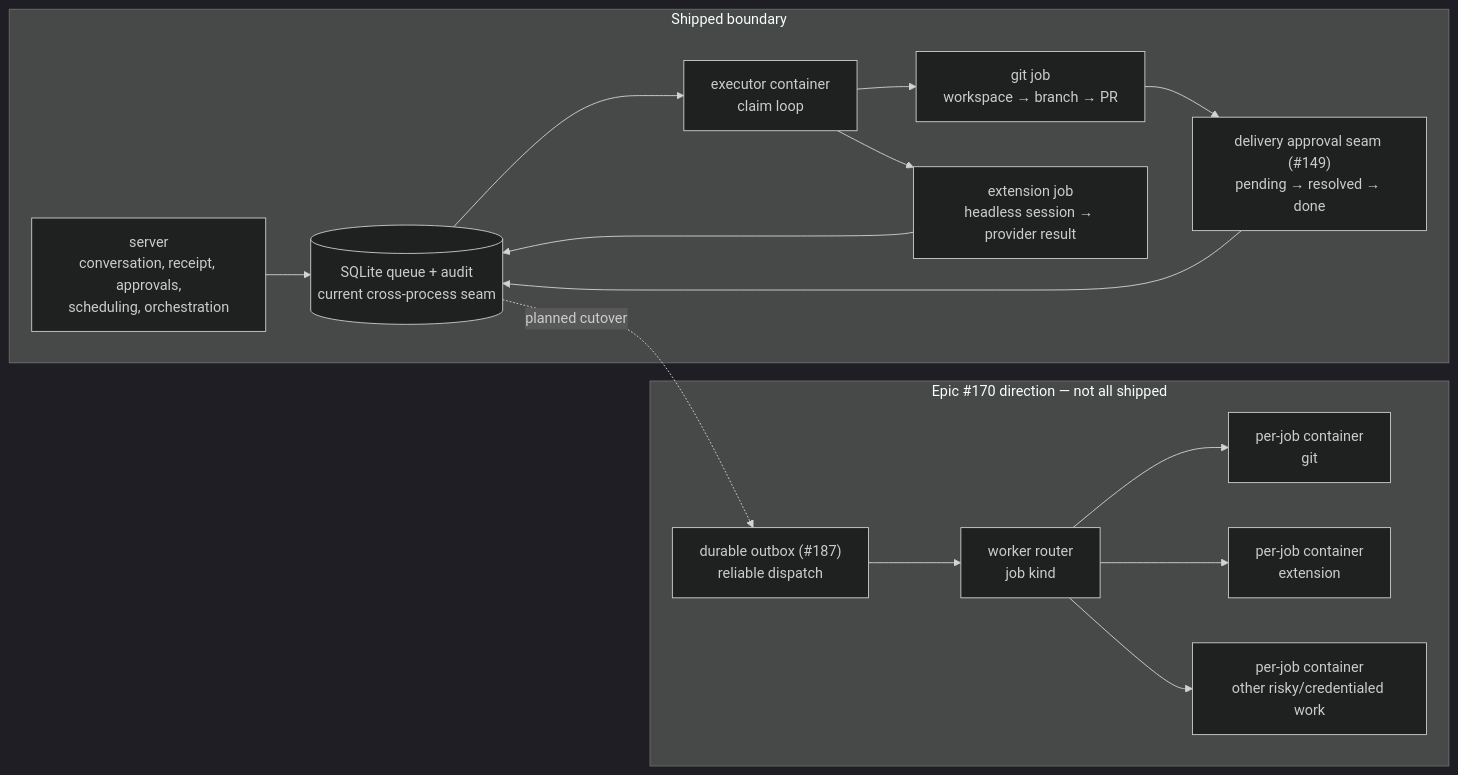
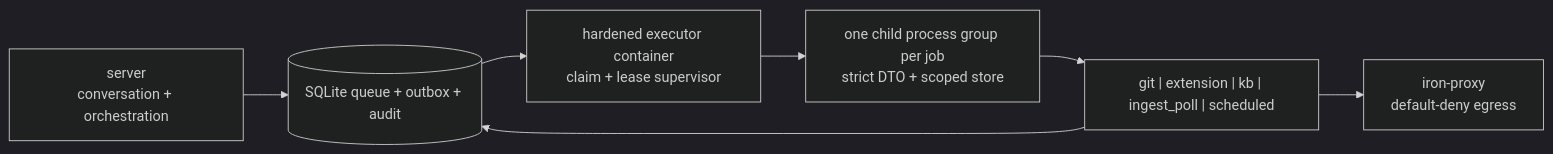
One commit to serrrfirat/bottega changed diagram 14 of 15 in architecture.md. Above: the diagram before and after it, drawn with Mermaid (dark theme). The commit also changed other lines of this file and 13 other files, not shown here.

Commit message:
feat(worker): isolated and hardened per-job execution (#101)

````diff
--- a/architecture.md
+++ b/architecture.md
@@ -872,28 +872,13 @@
 ```mermaid
 flowchart LR
-    subgraph shipped["Shipped boundary"]
-        SL["server<br/>conversation, receipt, approvals,<br/>scheduling, orchestration"]
-        Q[("SQLite queue + audit<br/>current cross-process seam")]
-        EX["executor container<br/>claim loop"]
-        GIT["git job<br/>workspace → branch → PR"]
-        EXT["extension job<br/>headless session → provider result"]
-        DEL["delivery approval seam (#149)<br/>pending → resolved → done"]
-        SL --> Q --> EX
-        EX --> GIT --> DEL --> Q
-        EX --> EXT --> Q
-    end
-
-    subgraph planned["Epic #170 direction — not all shipped"]
-        OUT["durable outbox (#187)<br/>reliable dispatch"]
-        ROUTER["worker router<br/>job kind"]
-        C1["per-job container<br/>git"]
-        C2["per-job container<br/>extension"]
-        C3["per-job container<br/>other risky/credentialed work"]
-        OUT --> ROUTER
-        ROUTER --> C1
-        ROUTER --> C2
-        ROUTER --> C3
-    end
-
-    Q -. "planned cutover" .-> OUT
+    SL["server<br/>conversation + orchestration"]
+    Q[("SQLite queue + outbox + audit")]
+    EX["hardened executor container<br/>claim + lease supervisor"]
+    CH["one child process group per job<br/>strict DTO + scoped store"]
+    WORK["git | extension | kb | ingest_poll | scheduled"]
+    PXY["iron-proxy<br/>default-deny egress"]
+    SL --> Q --> EX
+    EX --> CH --> WORK
+    WORK --> Q
+    WORK --> PXY
 ```
````
